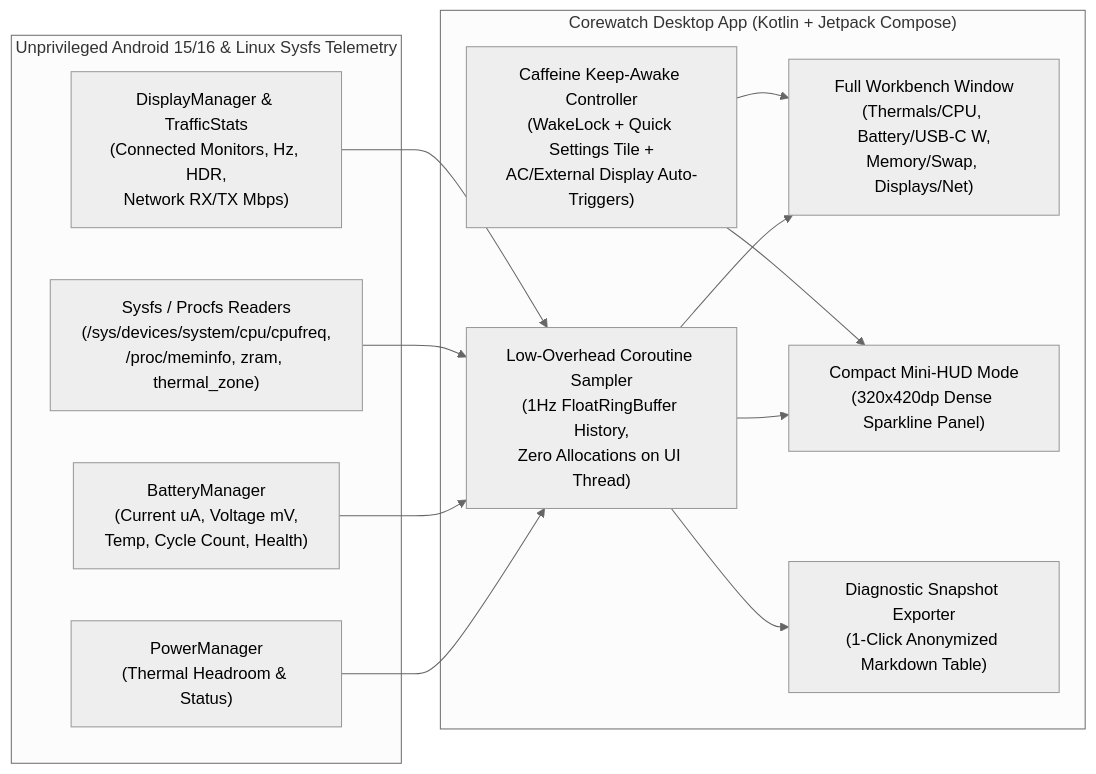
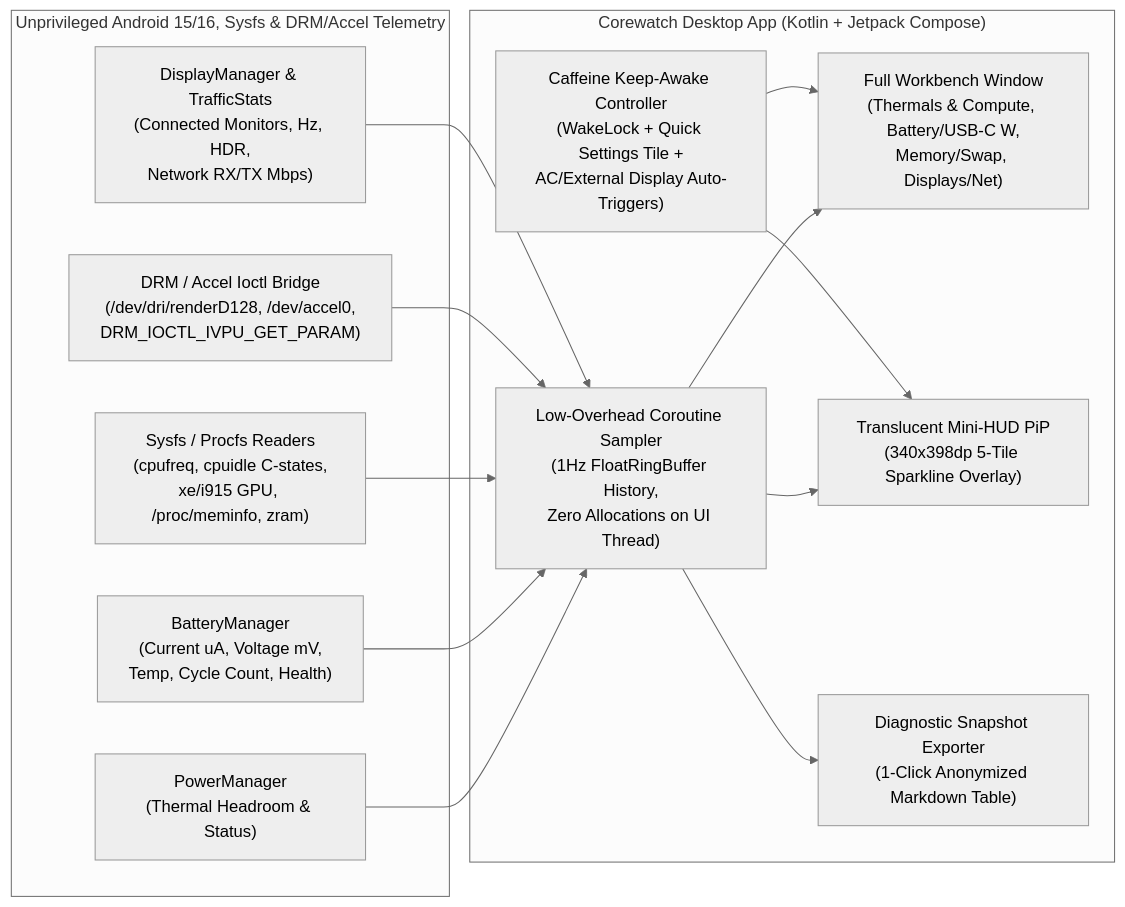
Before and after one commit to alainmic/corewatch: the diagram in README.md, drawn with Mermaid (neutral theme). The commit also changed other lines of this file and 14 other files, not shown here.

````diff
--- a/README.md
+++ b/README.md
@@ -169,27 +176,29 @@
 ```mermaid
 flowchart LR
-    subgraph Sources["Unprivileged Android 15/16 & Linux Sysfs Telemetry"]
+    subgraph Sources["Unprivileged Android 15/16, Sysfs & DRM/Accel Telemetry"]
         PowerMgr["PowerManager\n(Thermal Headroom & Status)"]
         BattMgr["BatteryManager\n(Current uA, Voltage mV,\nTemp, Cycle Count, Health)"]
-        Sysfs["Sysfs / Procfs Readers\n(/sys/devices/system/cpu/cpufreq,\n/proc/meminfo, zram, thermal_zone)"]
+        Sysfs["Sysfs / Procfs Readers\n(cpufreq, cpuidle C-states,\nxe/i915 GPU, /proc/meminfo, zram)"]
+        AccelIoctl["DRM / Accel Ioctl Bridge\n(/dev/dri/renderD128, /dev/accel0,\nDRM_IOCTL_IVPU_GET_PARAM)"]
         DispMgr["DisplayManager & TrafficStats\n(Connected Monitors, Hz, HDR,\nNetwork RX/TX Mbps)"]
     end
 
     subgraph Corewatch["Corewatch Desktop App (Kotlin + Jetpack Compose)"]
         Sampler["Low-Overhead Coroutine Sampler\n(1Hz FloatRingBuffer History,\nZero Allocations on UI Thread)"]
-        FullUI["Full Workbench Window\n(Thermals/CPU, Battery/USB-C W,\nMemory/Swap, Displays/Net)"]
-        MiniHUD["Compact Mini-HUD Mode\n(320x420dp Dense Sparkline Panel)"]
+        FullUI["Full Workbench Window\n(Thermals & Compute, Battery/USB-C W,\nMemory/Swap, Displays/Net)"]
+        MiniHUD["Translucent Mini-HUD PiP\n(340x398dp 5-Tile Sparkline Overlay)"]
         Caffeine["Caffeine Keep-Awake Controller\n(WakeLock + Quick Settings Tile +\nAC/External Display Auto-Triggers)"]
         Export["Diagnostic Snapshot Exporter\n(1-Click Anonymized Markdown Table)"]
     end
 
     PowerMgr --> Sampler
     BattMgr --> Sampler
     Sysfs --> Sampler
+    AccelIoctl --> Sampler
     DispMgr --> Sampler
     Sampler --> FullUI
     Sampler --> MiniHUD
     Caffeine --> FullUI
     Caffeine --> MiniHUD
     Sampler --> Export
 ```
````
